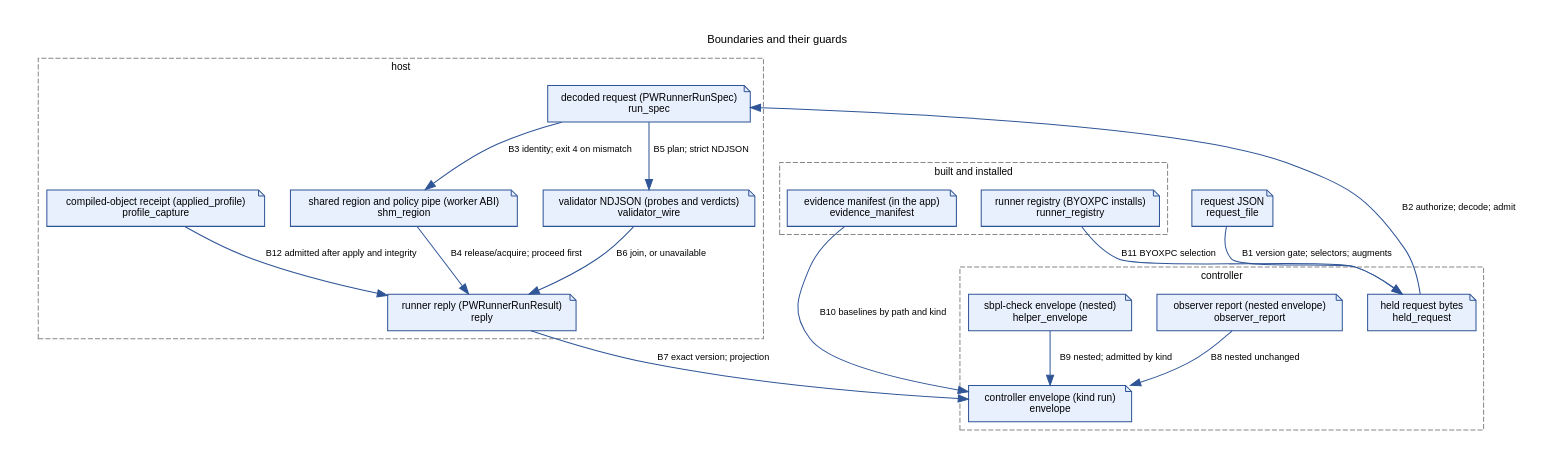
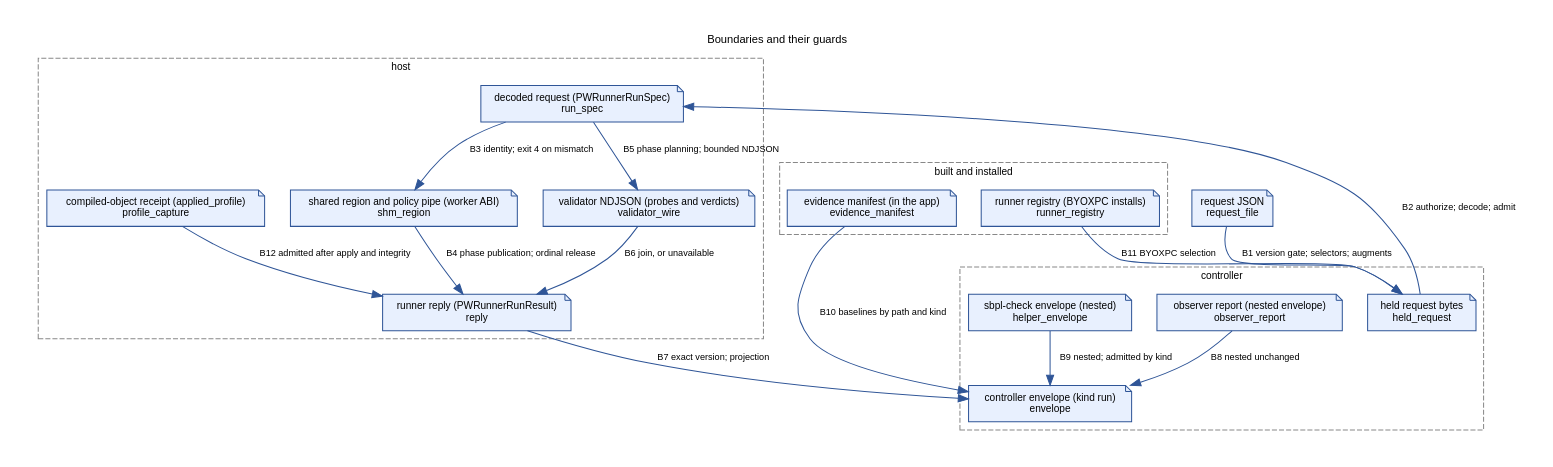
Before and after one commit to Protonk/PolicyWitness: the diagram in docs/architecture-boundaries.dot, drawn with Graphviz. The commit also changed 111 other files, not shown here.

Commit message:
Implement ordered specimen phases and bounded per-phase collection

```diff
--- a/docs/architecture-boundaries.dot
+++ b/docs/architecture-boundaries.dot
@@ -1,49 +1,49 @@
 digraph boundaries {
     graph [rankdir=TB, bgcolor="white", fontname="Helvetica", fontsize=11, label="Boundaries and their guards", labelloc=t, pad=0.3, nodesep=0.35, ranksep=0.6];
     node [fontname="Helvetica", fontsize=10];
     edge [fontname="Helvetica", fontsize=9];
     subgraph cluster_controller_side {
         label="controller"; style=dashed; color="#888888"; fontsize=10;
         held_request;
         envelope;
         observer_report;
         helper_envelope;
     }
     subgraph cluster_host_side {
         label="host"; style=dashed; color="#888888"; fontsize=10;
         run_spec;
         shm_region;
         validator_wire;
         reply;
         profile_capture;
     }
     subgraph cluster_installed {
         label="built and installed"; style=dashed; color="#888888"; fontsize=10;
         evidence_manifest;
         runner_registry;
     }
     request_file [shape="note", style="filled", fillcolor="#e8f0fe", color="#2f5597", label="request JSON\nrequest_file", URL="ARCHITECTURE.md#boundaries-and-their-guards-nodes", tooltip="request_file: request JSON | the caller; a JSON file naming the request schema "];
     held_request [shape="note", style="filled", fillcolor="#e8f0fe", color="#2f5597", label="held request bytes\nheld_request", URL="ARCHITECTURE.md#boundaries-and-their-guards-nodes", tooltip="held_request: held request bytes | the controller; one serialization; selectors stripped, augments spliced "];
     run_spec [shape="note", style="filled", fillcolor="#e8f0fe", color="#2f5597", label="decoded request (PWRunnerRunSpec)\nrun_spec", URL="ARCHITECTURE.md#boundaries-and-their-guards-nodes", tooltip="run_spec: decoded request (PWRunnerRunSpec) | the host; Codable with closed keys "];
     shm_region [shape="note", style="filled", fillcolor="#e8f0fe", color="#2f5597", label="shared region and policy pipe (worker ABI)\nshm_region", URL="ARCHITECTURE.md#boundaries-and-their-guards-nodes", tooltip="shm_region: shared region and policy pipe (worker ABI) | host writes inputs, worker writes outputs; fixed layout; magic at byte 0, source identity at byte 64 "];
-    validator_wire [shape="note", style="filled", fillcolor="#e8f0fe", color="#2f5597", label="validator NDJSON (probes and verdicts)\nvalidator_wire", URL="ARCHITECTURE.md#boundaries-and-their-guards-nodes", tooltip="validator_wire: validator NDJSON (probes and verdicts) | host and validator, co-shipped in one bundle; NDJSON; kind sb_api_validator_verdict; no version marker The wire carries no version marker; the Known gap below the figure says what holds this boundary instead."];
+    validator_wire [shape="note", style="filled", fillcolor="#e8f0fe", color="#2f5597", label="validator NDJSON (probes and verdicts)\nvalidator_wire", URL="ARCHITECTURE.md#boundaries-and-their-guards-nodes", tooltip="validator_wire: validator NDJSON (probes and verdicts) | host and validator, co-shipped in one bundle; bounded NDJSON; exact kind sb_api_validator_verdict and schema_version 1 "];
     reply [shape="note", style="filled", fillcolor="#e8f0fe", color="#2f5597", label="runner reply (PWRunnerRunResult)\nreply", URL="ARCHITECTURE.md#boundaries-and-their-guards-nodes", tooltip="reply: runner reply (PWRunnerRunResult) | the host; response schema; shape golden "];
     profile_capture [shape="note", style="filled", fillcolor="#e8f0fe", color="#2f5597", label="compiled-object receipt (applied_profile)\nprofile_capture", URL="ARCHITECTURE.md#boundaries-and-their-guards-nodes", tooltip="profile_capture: compiled-object receipt (applied_profile) | the worker, before apply; admitted by the host; opt-in copy of the compiled object with a nonce; its own schema_version on AppliedProfileCapture "];
     envelope [shape="note", style="filled", fillcolor="#e8f0fe", color="#2f5597", label="controller envelope (kind run)\nenvelope", URL="ARCHITECTURE.md#boundaries-and-their-guards-nodes", tooltip="envelope: controller envelope (kind run) | the controller; envelope frame; shape golden "];
     observer_report [shape="note", style="filled", fillcolor="#e8f0fe", color="#2f5597", label="observer report (nested envelope)\nobserver_report", URL="ARCHITECTURE.md#boundaries-and-their-guards-nodes", tooltip="observer_report: observer report (nested envelope) | the observer; envelope frame; its own observer_schema_version (OBSERVER_SCHEMA_VERSION) inside "];
     helper_envelope [shape="note", style="filled", fillcolor="#e8f0fe", color="#2f5597", label="sbpl-check envelope (nested)\nhelper_envelope", URL="ARCHITECTURE.md#boundaries-and-their-guards-nodes", tooltip="helper_envelope: sbpl-check envelope (nested) | sbpl-check; envelope frame; kind sbpl_check "];
     evidence_manifest [shape="note", style="filled", fillcolor="#e8f0fe", color="#2f5597", label="evidence manifest (in the app)\nevidence_manifest", URL="ARCHITECTURE.md#boundaries-and-their-guards-nodes", tooltip="evidence_manifest: evidence manifest (in the app) | the build; hashes and entitlements of every shipped binary; its own schema_version (EVIDENCE_SCHEMA_VERSION) "];
     runner_registry [shape="note", style="filled", fillcolor="#e8f0fe", color="#2f5597", label="runner registry (BYOXPC installs)\nrunner_registry", URL="ARCHITECTURE.md#boundaries-and-their-guards-nodes", tooltip="runner_registry: runner registry (BYOXPC installs) | the runner commands; additive-field loader; retired kind aliases kept for recovery; its own schema_version (RUNNER_REGISTRY_SCHEMA_VERSION) "];
     request_file -> held_request [style="solid", color="#2f5597", label="B1 version gate; selectors; augments", URL="ARCHITECTURE.md#boundaries-and-their-guards-edges", tooltip="B1: request version gate; selector parse; augment resolution |  "];
     held_request -> run_spec [style="solid", color="#2f5597", label="B2 authorize; decode; admit", URL="ARCHITECTURE.md#boundaries-and-their-guards-edges", tooltip="B2: caller authorization; closed-key decode; capacity, then meaning; policy hash |  "];
-    run_spec -> shm_region [style="solid", color="#2f5597", label="B3 identity; exit 4 on mismatch", URL="ARCHITECTURE.md#boundaries-and-their-guards-edges", tooltip="B3: host writes identity, counts, slots, params; worker refuses on magic or identity mismatch (exit 4) |  "];
-    shm_region -> reply [style="solid", color="#2f5597", label="B4 release/acquire; proceed first", URL="ARCHITECTURE.md#boundaries-and-their-guards-edges", tooltip="B4: release/acquire publication; proceed before attempts; disposition record from raw facts |  "];
-    run_spec -> validator_wire [style="solid", color="#2f5597", label="B5 plan; strict NDJSON", URL="ARCHITECTURE.md#boundaries-and-their-guards-edges", tooltip="B5: planned probes; strict NDJSON decode; association by unique id |  "];
-    validator_wire -> reply [style="solid", color="#2f5597", label="B6 join, or unavailable", URL="ARCHITECTURE.md#boundaries-and-their-guards-edges", tooltip="B6: verdict joined to its step, or an explicit unavailable prediction |  "];
+    run_spec -> shm_region [style="solid", color="#2f5597", label="B3 identity; exit 4 on mismatch", URL="ARCHITECTURE.md#boundaries-and-their-guards-edges", tooltip="B3: host writes identity, counts, phase partitions and slots; worker refuses mismatched identity or invalid partition |  "];
+    shm_region -> reply [style="solid", color="#2f5597", label="B4 phase publication; ordinal release", URL="ARCHITECTURE.md#boundaries-and-their-guards-edges", tooltip="B4: per-phase release/acquire publication; exact ordinal before actions; disposition from raw facts |  "];
+    run_spec -> validator_wire [style="solid", color="#2f5597", label="B5 phase planning; bounded NDJSON", URL="ARCHITECTURE.md#boundaries-and-their-guards-edges", tooltip="B5: fresh phase planning; bounded strict NDJSON decode; unique step association within the phase |  "];
+    validator_wire -> reply [style="solid", color="#2f5597", label="B6 join, or unavailable", URL="ARCHITECTURE.md#boundaries-and-their-guards-edges", tooltip="B6: verdict joined only to its phase and step, or explicit unavailable prediction |  "];
     reply -> envelope [style="solid", color="#2f5597", label="B7 exact version; projection", URL="ARCHITECTURE.md#boundaries-and-their-guards-edges", tooltip="B7: exact response version; disposition validated and projected; reply retained unread when refused |  "];
     observer_report -> envelope [style="solid", color="#2f5597", label="B8 nested unchanged", URL="ARCHITECTURE.md#boundaries-and-their-guards-edges", tooltip="B8: nested unchanged; log evidence never changes execution evidence |  The receiver admits the exact kind, outer envelope version and inner report version before interpretation. Rejected JSON remains opaque; independent transport and execution evidence survive."];
     helper_envelope -> envelope [style="solid", color="#2f5597", label="B9 nested; admitted by kind", URL="ARCHITECTURE.md#boundaries-and-their-guards-edges", tooltip="B9: nested unchanged; admitted by kind and frame version |  "];
     evidence_manifest -> envelope [style="solid", color="#2f5597", label="B10 baselines by path and kind", URL="ARCHITECTURE.md#boundaries-and-their-guards-edges", tooltip="B10: dossier compares selected binaries with manifest baselines; lookup by exact path and kind |  "];
     runner_registry -> held_request [style="solid", color="#2f5597", label="B11 BYOXPC selection", URL="ARCHITECTURE.md#boundaries-and-their-guards-edges", tooltip="B11: selection resolves a BYOXPC target; selector fields stripped before XPC |  "];
     profile_capture -> reply [style="solid", color="#2f5597", label="B12 admitted after apply and integrity", URL="ARCHITECTURE.md#boundaries-and-their-guards-edges", tooltip="B12: admitted only after successful application, worker completion, PID, nonce, input identity and payload integrity checks |  "];
 }
```
